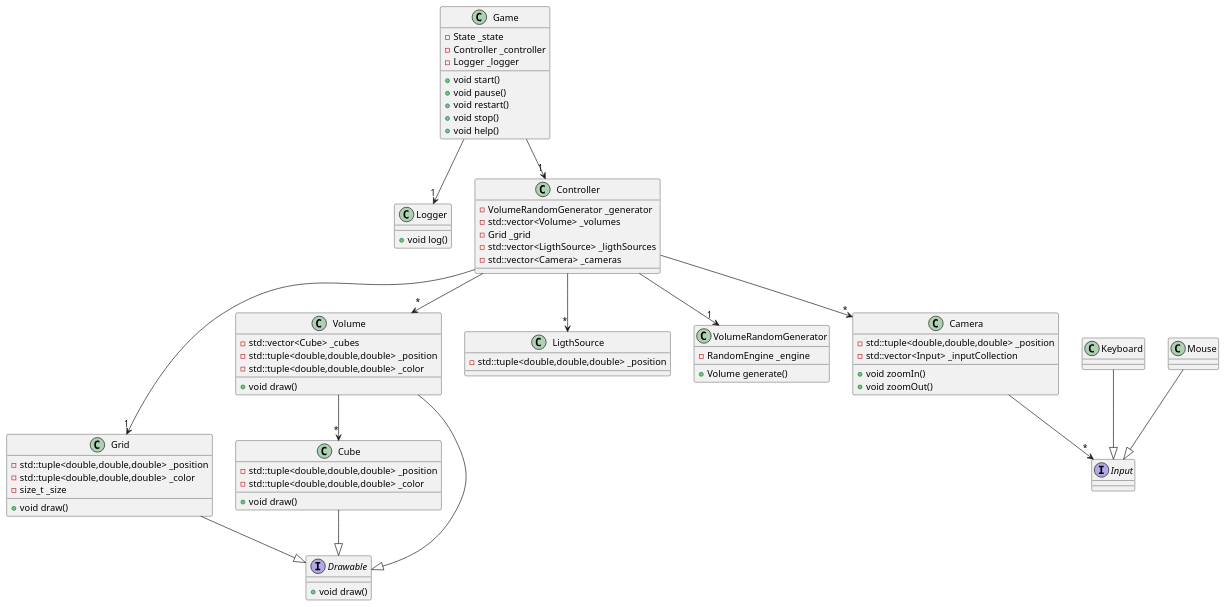
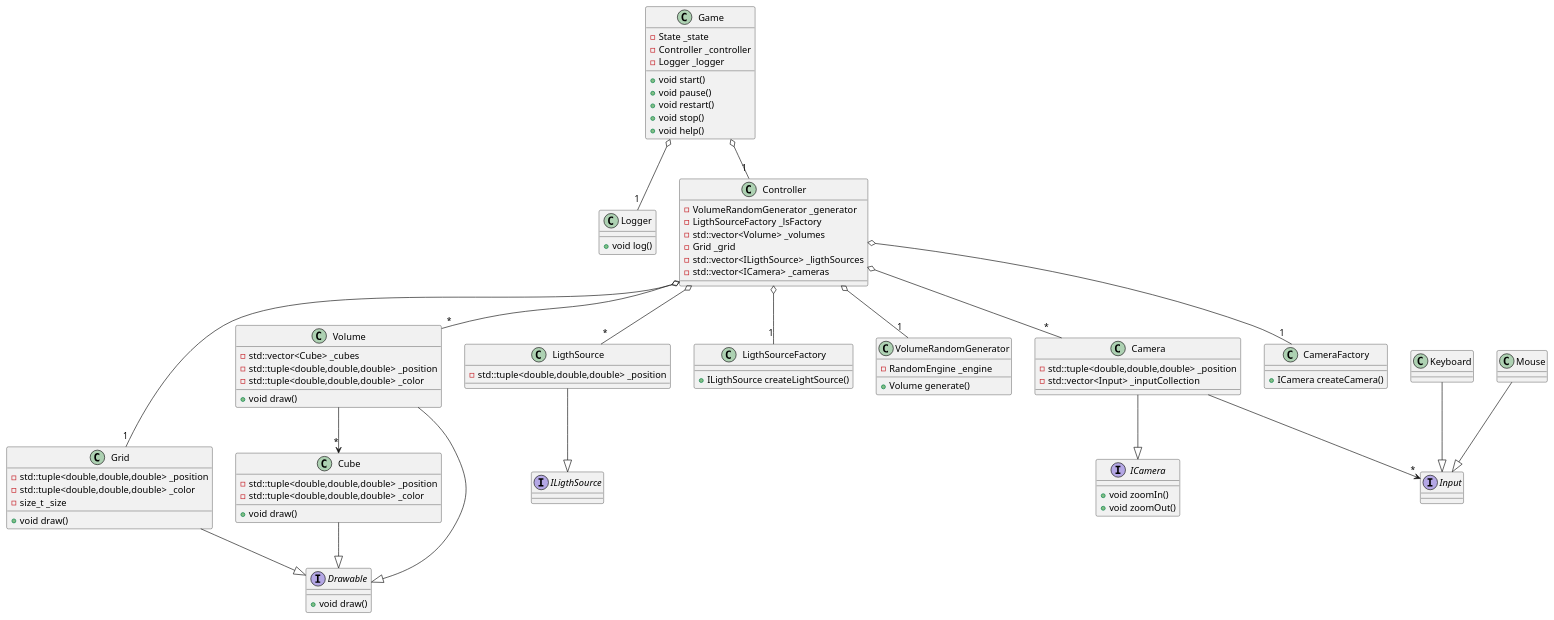
The diagram in RefactoredProject/Design.iuml (geo-xar/3dTetris), drawn with PlantUML before and after one commit.

Commit message:
Updated refactored project class diagram.

```diff
--- a/RefactoredProject/Design.iuml
+++ b/RefactoredProject/Design.iuml
@@ -1,87 +1,105 @@
 @startuml 3dTetris
 
 class Game {
     +void start()
     +void pause()
     +void restart()
     +void stop()
     +void help()
     -State _state
     -Controller _controller
     -Logger _logger
 }
 
 class Logger {
     +void log()
 }
 
 class Grid {
     +void draw()
     -std::tuple<double,double,double> _position
     -std::tuple<double,double,double> _color
     -size_t _size
 }
 
 class Volume {
     +void draw()
     -std::vector<Cube> _cubes
     -std::tuple<double,double,double> _position
     -std::tuple<double,double,double> _color
 }
 
 class Cube {
     +void draw()
     -std::tuple<double,double,double> _position
     -std::tuple<double,double,double> _color
 }
 
 class Controller {
     -VolumeRandomGenerator _generator
+    -LigthSourceFactory _lsFactory
     -std::vector<Volume> _volumes
     -Grid _grid
-    -std::vector<LigthSource> _ligthSources
-    -std::vector<Camera> _cameras
+    -std::vector<ILigthSource> _ligthSources
+    -std::vector<ICamera> _cameras
 }
+
+interface ILigthSource
 
 class LigthSource {
     -std::tuple<double,double,double> _position
+}
+
+class LigthSourceFactory {
+    +ILigthSource createLightSource()
 }
 
 class VolumeRandomGenerator {
     +Volume generate()
     -RandomEngine _engine
 }
 
-class Camera {
+interface ICamera {
     +void zoomIn()
     +void zoomOut()
+}
+
+class Camera {
     -std::tuple<double,double,double> _position
     -std::vector<Input> _inputCollection
+}
+
+class CameraFactory {
+    +ICamera createCamera()
 }
 
 class Keyboard
 class Mouse
 
 interface Input
 
 interface Drawable {
     +void draw()
 }
 
-Game --> "1" Controller
-Game --> "1" Logger
-Controller --> "1" VolumeRandomGenerator
-Controller --> "1" Grid
-Controller --> "*" Volume
-Controller --> "*" LigthSource
-Controller --> "*" Camera
+Game o-- "1" Controller
+Game o-- "1" Logger
+Controller o-- "1" LigthSourceFactory
+Controller o-- "1" CameraFactory
+Controller o-- "1" VolumeRandomGenerator
+Controller o-- "1" Grid
+Controller o-- "*" Volume
+Controller o-- "*" LigthSource
+Controller o-- "*" Camera
 Volume --> "*" Cube
 Camera --> "*" Input
 
 Grid --|> Drawable
 Volume --|> Drawable
 Cube --|> Drawable
 Keyboard --|> Input
 Mouse --|> Input
+LigthSource --|> ILigthSource
+Camera --|> ICamera
 
 @enduml
```
